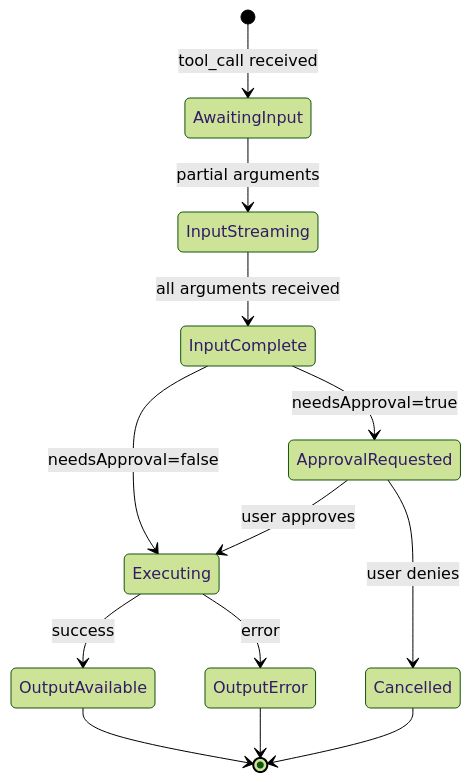
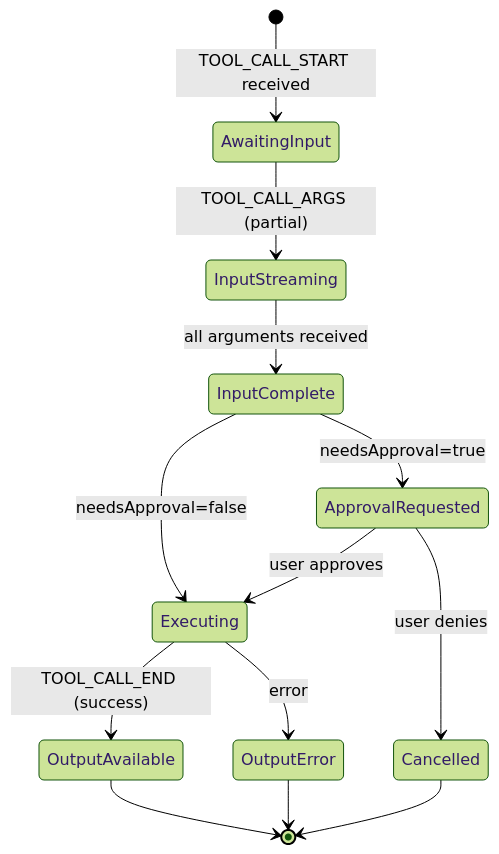
The second of 4 diagrams in docs/guides/tool-architecture.md (TanStack/ai), drawn with Mermaid (forest theme) before and after one commit. The commit also changed other lines of this file and 8 other files, not shown here.

````diff
--- a/docs/guides/tool-architecture.md
+++ b/docs/guides/tool-architecture.md
@@ -115,15 +115,15 @@
 ```mermaid
 stateDiagram-v2
-    [*] --> AwaitingInput: tool_call received
-    AwaitingInput --> InputStreaming: partial arguments
+    [*] --> AwaitingInput: TOOL_CALL_START received
+    AwaitingInput --> InputStreaming: TOOL_CALL_ARGS (partial)
     InputStreaming --> InputComplete: all arguments received
     InputComplete --> ApprovalRequested: needsApproval=true
     InputComplete --> Executing: needsApproval=false
     ApprovalRequested --> Executing: user approves
     ApprovalRequested --> Cancelled: user denies
-    Executing --> OutputAvailable: success
+    Executing --> OutputAvailable: TOOL_CALL_END (success)
     Executing --> OutputError: error
     OutputAvailable --> [*]
     OutputError --> [*]
     Cancelled --> [*]
 ```
````
